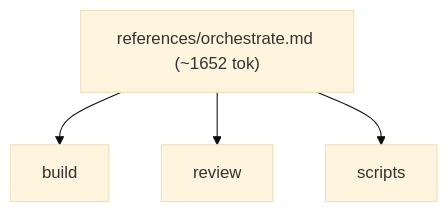
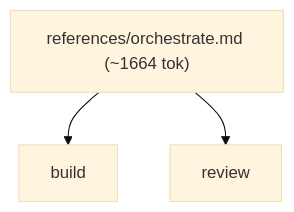
One commit to alecegg/varde changed the third of 10 diagrams in skills/varde-change/FLOW.md. Above: the diagram before and after it, drawn with Mermaid (base theme). The commit also changed other lines of this file and 269 other files, not shown here.

````diff
--- a/skills/varde-change/FLOW.md
+++ b/skills/varde-change/FLOW.md
@@ -106,10 +111,8 @@
 ```mermaid
 flowchart TD
-  n0["references/orchestrate.md (~1652 tok)"]
+  n0["references/orchestrate.md (~1664 tok)"]
   n1["build"]
   n2["review"]
-  n3["scripts"]
   n0 --> n1
   n0 --> n2
-  n0 --> n3
 ```
````
